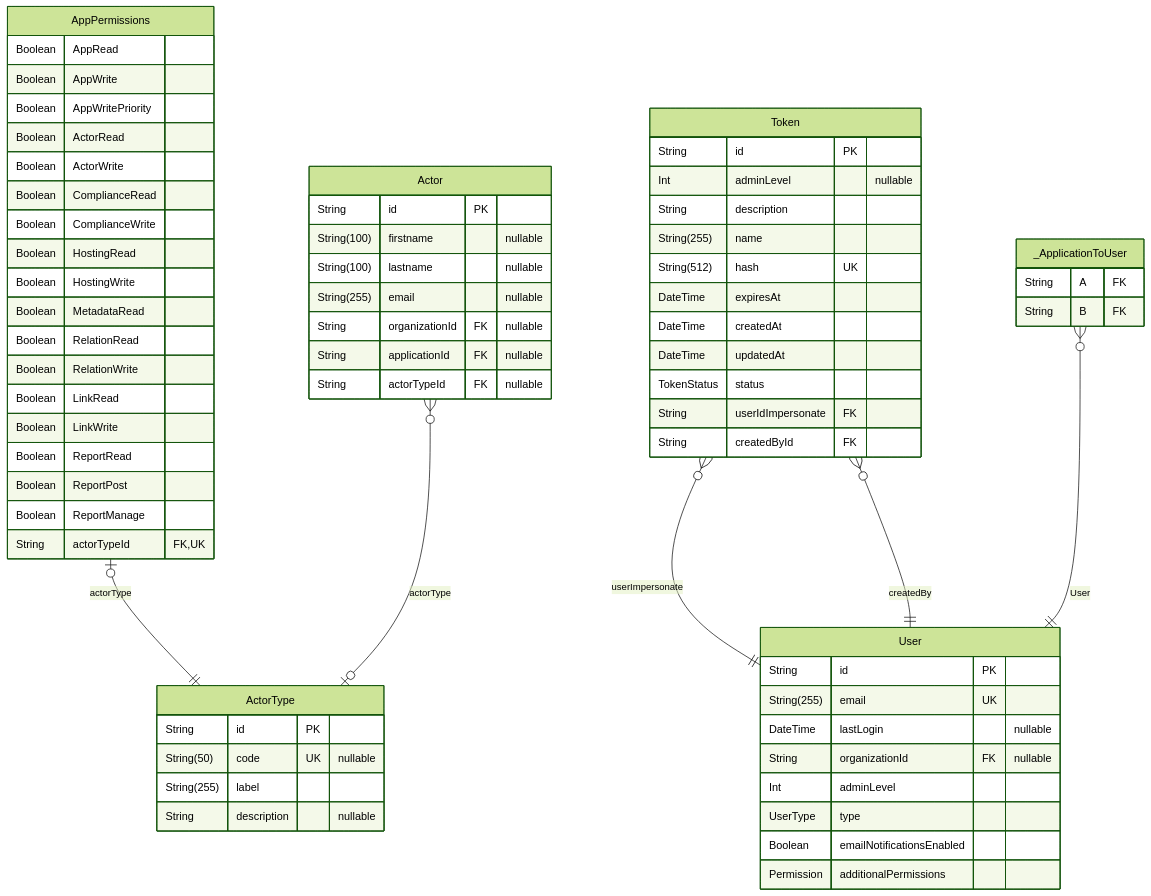
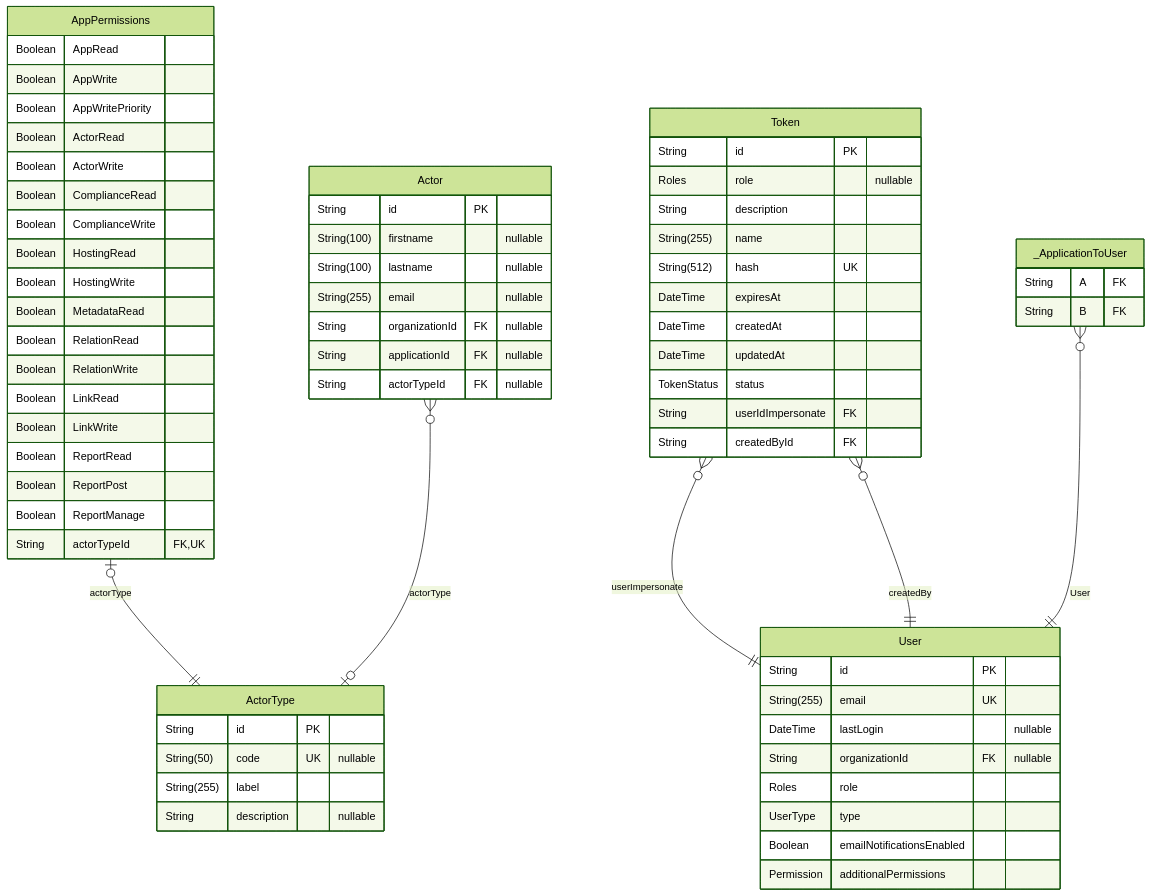
Before and after one commit to dnum-mi/referentiel-applications: the tenth of 12 diagrams in backend/prisma/docs/schema.md, drawn with Mermaid (forest theme). The commit also changed other lines of this file and 38 other files, not shown here.

Commit message:
feat: remove admin level and replace by role

````diff
--- a/backend/prisma/docs/schema.md
+++ b/backend/prisma/docs/schema.md
@@ -545,70 +545,70 @@
 ```mermaid
 erDiagram
 "AppPermissions" {
   Boolean AppRead
   Boolean AppWrite
   Boolean AppWritePriority
   Boolean ActorRead
   Boolean ActorWrite
   Boolean ComplianceRead
   Boolean ComplianceWrite
   Boolean HostingRead
   Boolean HostingWrite
   Boolean MetadataRead
   Boolean RelationRead
   Boolean RelationWrite
   Boolean LinkRead
   Boolean LinkWrite
   Boolean ReportRead
   Boolean ReportPost
   Boolean ReportManage
   String actorTypeId FK,UK
 }
 "Token" {
   String id PK
-  Int adminLevel "nullable"
+  Roles role "nullable"
   String description
   String(255) name
   String(512) hash UK
   DateTime expiresAt
   DateTime createdAt
   DateTime updatedAt
   TokenStatus status
   String userIdImpersonate FK
   String createdById FK
 }
 "User" {
   String id PK
   String(255) email UK
   DateTime lastLogin "nullable"
   String organizationId FK "nullable"
-  Int adminLevel
+  Roles role
   UserType type
   Boolean emailNotificationsEnabled
   Permission additionalPermissions
 }
 "Actor" {
   String id PK
   String(100) firstname "nullable"
   String(100) lastname "nullable"
   String(255) email "nullable"
   String organizationId FK "nullable"
   String applicationId FK "nullable"
   String actorTypeId FK "nullable"
 }
 "ActorType" {
   String id PK
   String(50) code UK "nullable"
   String(255) label
   String description "nullable"
 }
 "_ApplicationToUser" {
   String A FK
   String B FK
 }
 "AppPermissions" |o--|| "ActorType" : actorType
 "Token" }o--|| "User" : userImpersonate
 "Token" }o--|| "User" : createdBy
 "Actor" }o--o| "ActorType" : actorType
 "_ApplicationToUser" }o--|| "User" : User
 ```
````
